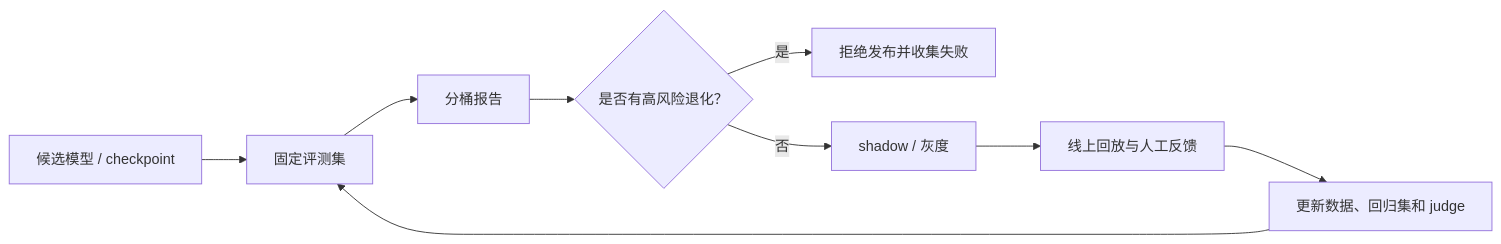
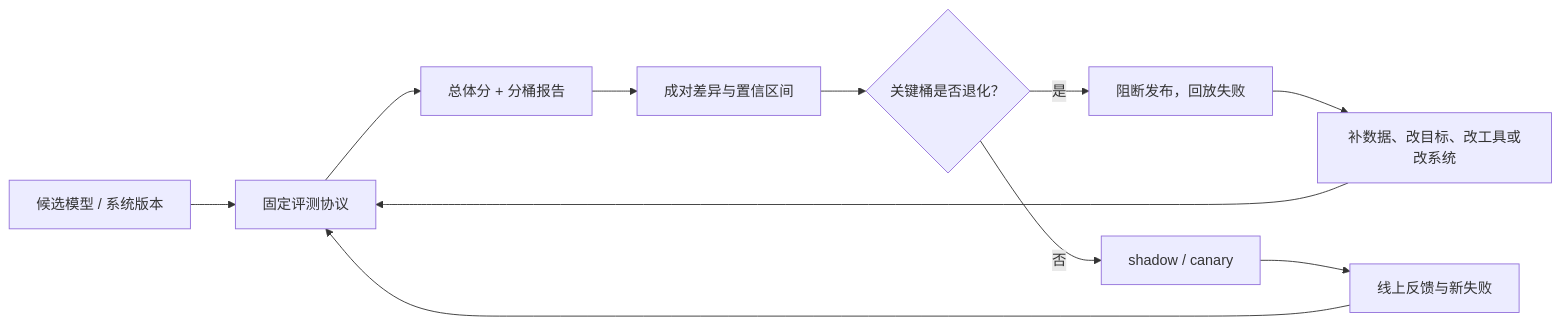
The diagram in files/foundations/data-splits-metrics-and-evaluation-basics.md (Charles2530/Charles-AI-notes), drawn with Mermaid before and after one commit. The commit also changed other lines of this file and 437 other files, not shown here.

````diff
--- a/files/foundations/data-splits-metrics-and-evaluation-basics.md
+++ b/files/foundations/data-splits-metrics-and-evaluation-basics.md
@@ -112,11 +119,13 @@
 ```mermaid
 flowchart LR
-    A["候选模型 / checkpoint"] --> B["固定评测集"]
-    B --> C["分桶报告"]
-    C --> D{"是否有高风险退化？"}
-    D -- "是" --> E["拒绝发布并收集失败"]
-    D -- "否" --> F["shadow / 灰度"]
-    F --> G["线上回放与人工反馈"]
-    G --> H["更新数据、回归集和 judge"]
+    A["候选模型 / 系统版本"] --> B["固定评测协议"]
+    B --> C["总体分 + 分桶报告"]
+    C --> D["成对差异与置信区间"]
+    D --> E{"关键桶是否退化？"}
+    E -- "是" --> F["阻断发布，回放失败"]
+    E -- "否" --> G["shadow / canary"]
+    F --> H["补数据、改目标、改工具或改系统"]
+    G --> I["线上反馈与新失败"]
     H --> B
+    I --> B
 ```
````
